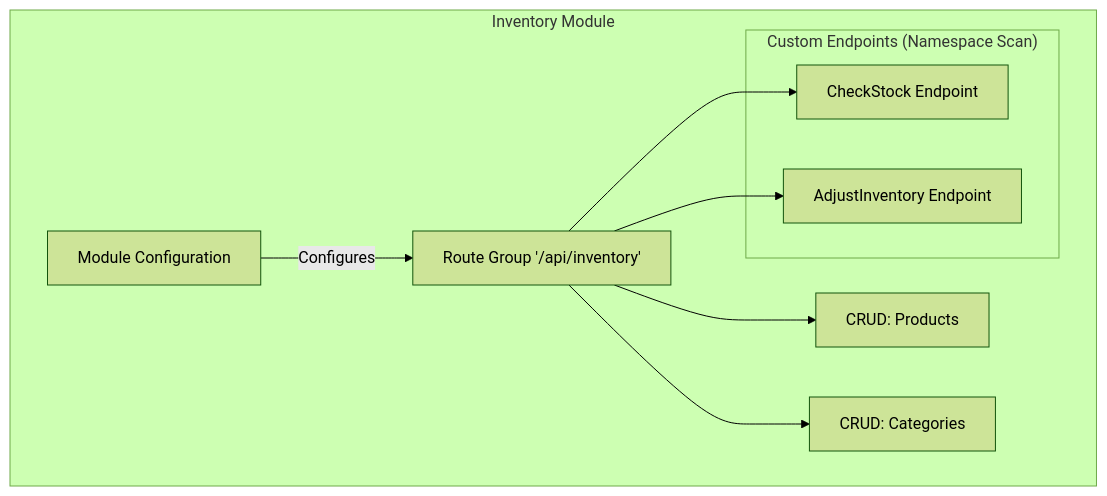
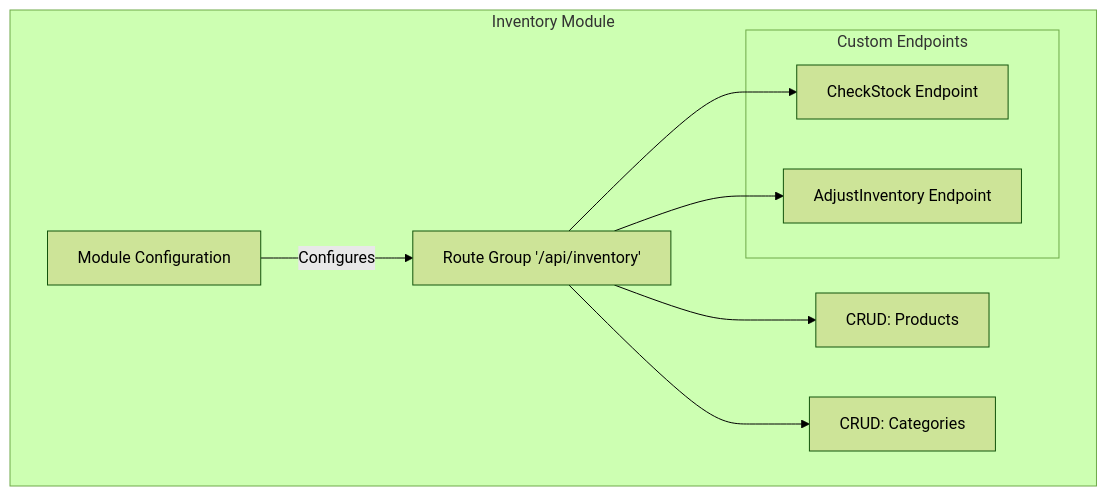
One commit to Henry-cmd325/FastSharp changed the diagram in docs/architecture.md. Above: the diagram before and after it, drawn with Mermaid (forest theme). The commit also changed other lines of this file and 7 other files, not shown here.

````diff
--- a/docs/architecture.md
+++ b/docs/architecture.md
@@ -103,17 +166,17 @@
 ```mermaid
 graph TD
     subgraph "Inventory Module"
         D[Module Configuration] -->|Configures| G[Route Group '/api/inventory']
         
         G --> C1[CRUD: Products]
         G --> C2[CRUD: Categories]
         
-        subgraph "Custom Endpoints (Namespace Scan)"
+        subgraph "Custom Endpoints"
             E1[CheckStock Endpoint]
             E2[AdjustInventory Endpoint]
         end
         
         G --> E1
         G --> E2
     end
 ```
````
